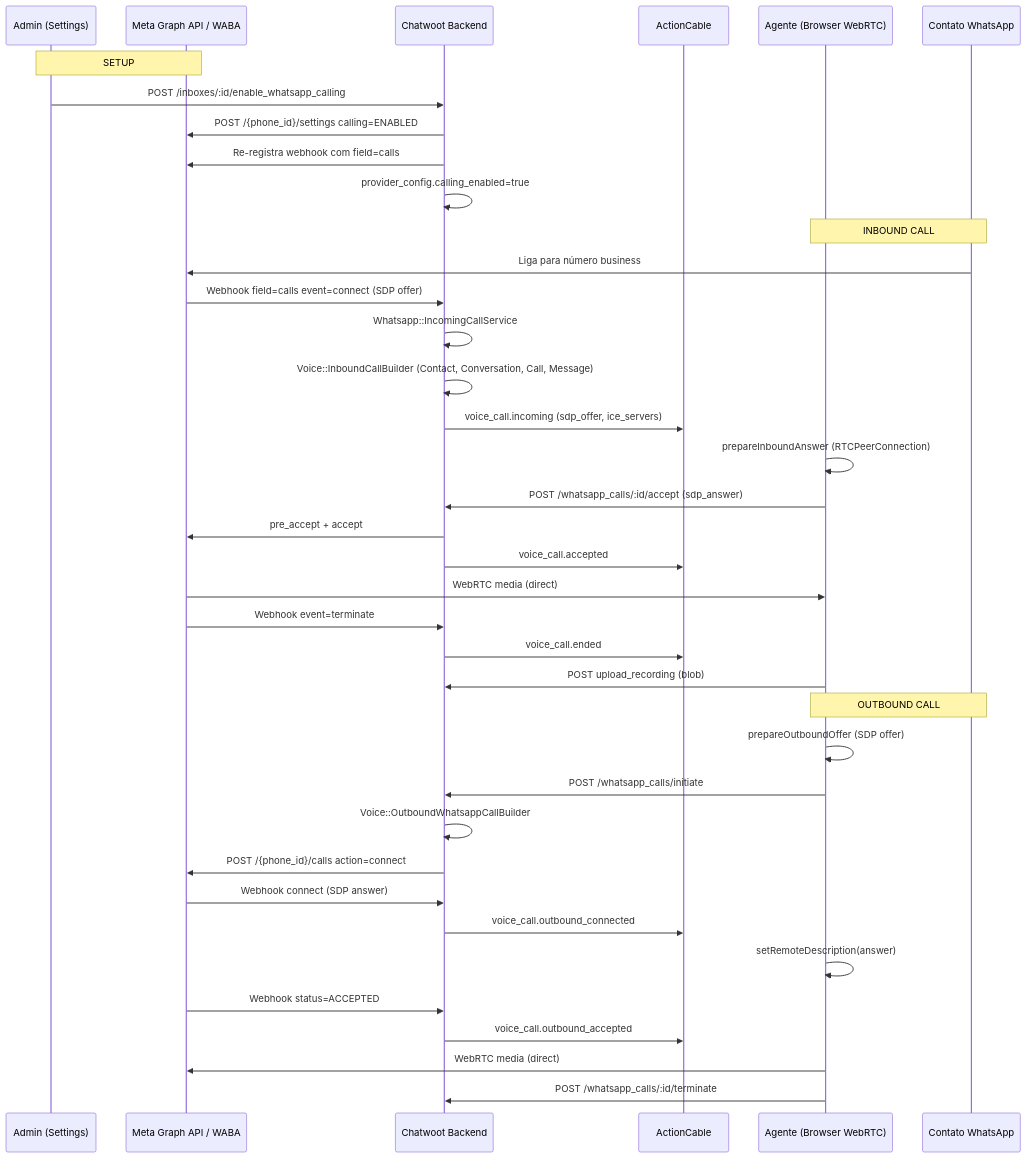
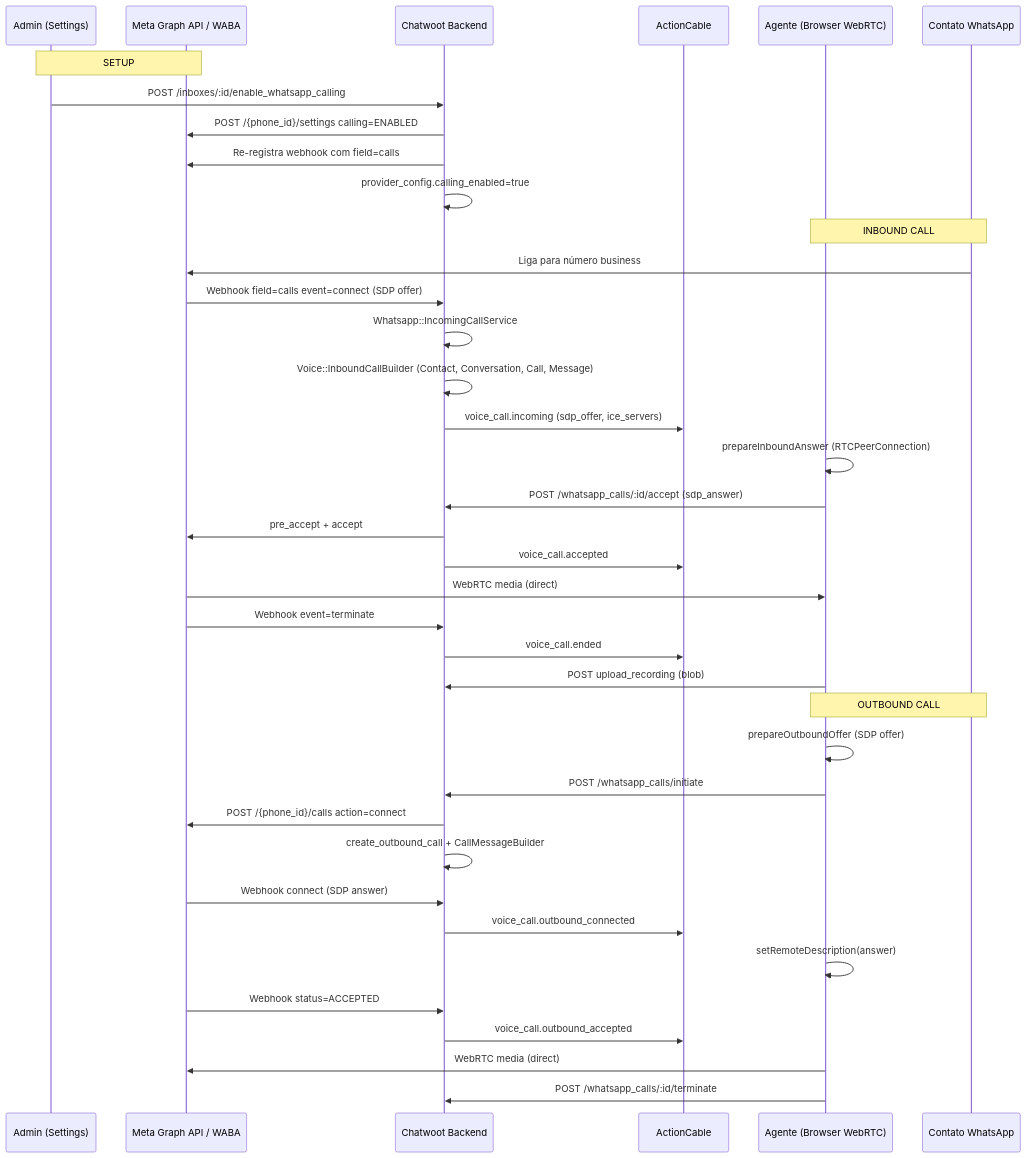
Before and after one commit to cesar-carlos/chatwoot: the first of 2 diagrams in doc/feature/whatsapp-voice/architecture-and-flow.md, drawn with Mermaid. The commit also changed other lines of this file and 12 other files, not shown here.

````diff
--- a/doc/feature/whatsapp-voice/architecture-and-flow.md
+++ b/doc/feature/whatsapp-voice/architecture-and-flow.md
@@ -59,43 +59,43 @@
 ```mermaid
 sequenceDiagram
     participant Admin as Admin (Settings)
     participant Meta as Meta Graph API / WABA
     participant CW as Chatwoot Backend
     participant Cable as ActionCable
     participant Agent as Agente (Browser WebRTC)
     participant Contact as Contato WhatsApp
 
     Note over Admin,Meta: SETUP
     Admin->>CW: POST /inboxes/:id/enable_whatsapp_calling
     CW->>Meta: POST /{phone_id}/settings calling=ENABLED
     CW->>Meta: Re-registra webhook com field=calls
     CW->>CW: provider_config.calling_enabled=true
 
     Note over Contact,Agent: INBOUND CALL
     Contact->>Meta: Liga para número business
     Meta->>CW: Webhook field=calls event=connect (SDP offer)
     CW->>CW: Whatsapp::IncomingCallService
     CW->>CW: Voice::InboundCallBuilder (Contact, Conversation, Call, Message)
     CW->>Cable: voice_call.incoming (sdp_offer, ice_servers)
     Agent->>Agent: prepareInboundAnswer (RTCPeerConnection)
     Agent->>CW: POST /whatsapp_calls/:id/accept (sdp_answer)
     CW->>Meta: pre_accept + accept
     CW->>Cable: voice_call.accepted
     Meta->>Agent: WebRTC media (direct)
     Meta->>CW: Webhook event=terminate
     CW->>Cable: voice_call.ended
     Agent->>CW: POST upload_recording (blob)
 
     Note over Agent,Contact: OUTBOUND CALL
     Agent->>Agent: prepareOutboundOffer (SDP offer)
     Agent->>CW: POST /whatsapp_calls/initiate
-    CW->>CW: Voice::OutboundWhatsappCallBuilder
     CW->>Meta: POST /{phone_id}/calls action=connect
+    CW->>CW: create_outbound_call + CallMessageBuilder
     Meta->>CW: Webhook connect (SDP answer)
     CW->>Cable: voice_call.outbound_connected
     Agent->>Agent: setRemoteDescription(answer)
     Meta->>CW: Webhook status=ACCEPTED
     CW->>Cable: voice_call.outbound_accepted
     Agent->>Meta: WebRTC media (direct)
     Agent->>CW: POST /whatsapp_calls/:id/terminate
 ```
````
